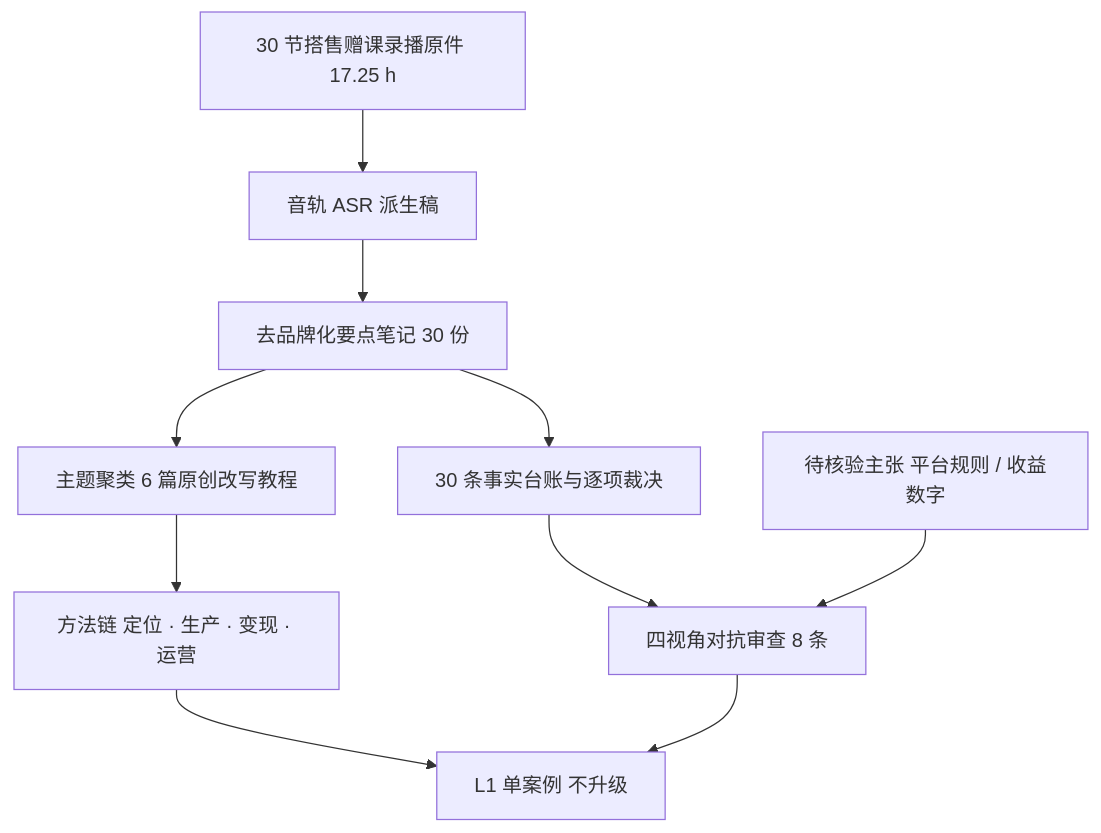
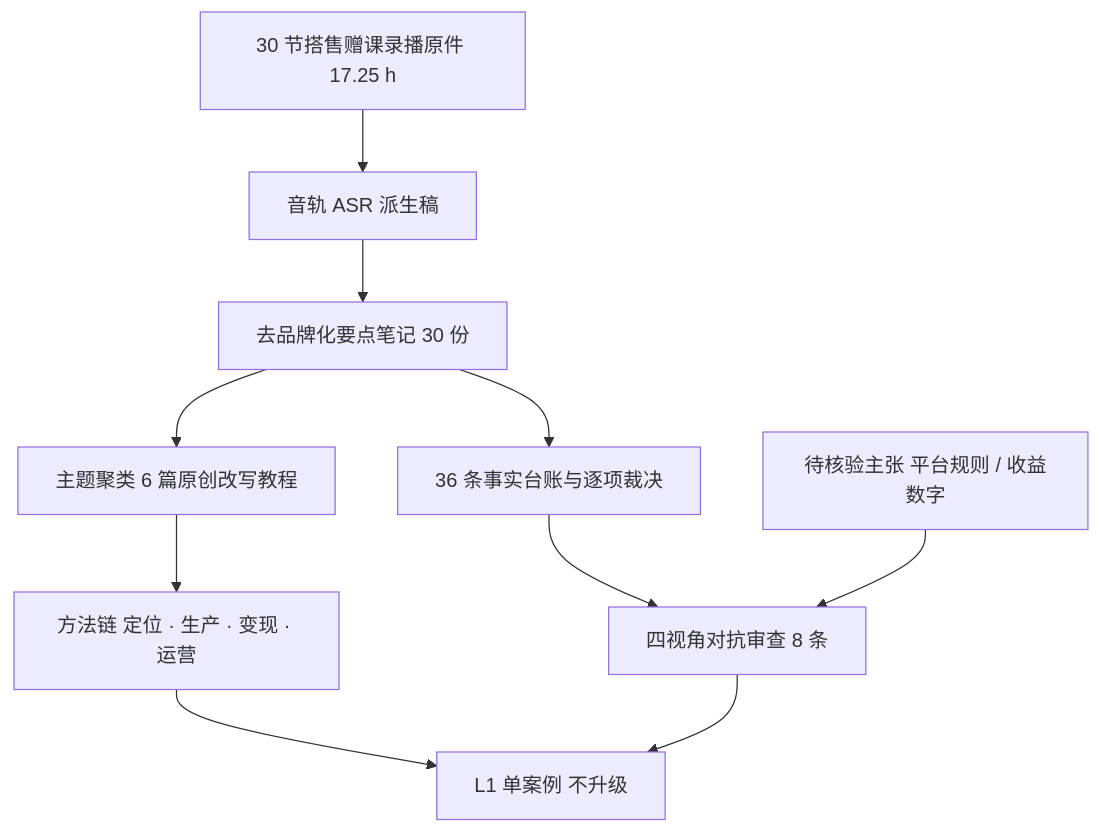
One commit to awesome-flexloop/awesome-okf changed the diagram in doc/bundles/sheke/industry/ai-assisted-content-operations/index.md. Above: the diagram before and after it, drawn with Mermaid. The commit also changed other lines of this file and 28 other files, not shown here.

````diff
--- a/doc/bundles/sheke/industry/ai-assisted-content-operations/index.md
+++ b/doc/bundles/sheke/industry/ai-assisted-content-operations/index.md
@@ -39,12 +39,12 @@
 ```mermaid
 flowchart TD
     A["30 节搭售赠课录播原件 17.25 h"] --> B["音轨 ASR 派生稿"]
     B --> C["去品牌化要点笔记 30 份"]
     C --> D["主题聚类 6 篇原创改写教程"]
-    C --> E["30 条事实台账与逐项裁决"]
+    C --> E["36 条事实台账与逐项裁决"]
     D --> F["方法链 定位 · 生产 · 变现 · 运营"]
     E --> G["四视角对抗审查 8 条"]
     F --> H["L1 单案例 不升级"]
     G --> H
     I["待核验主张 平台规则 / 收益数字"] --> G
 ```
````
